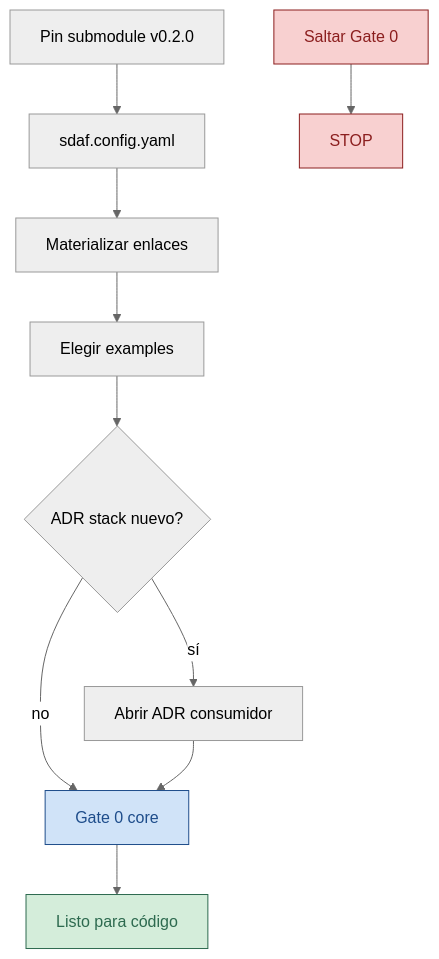
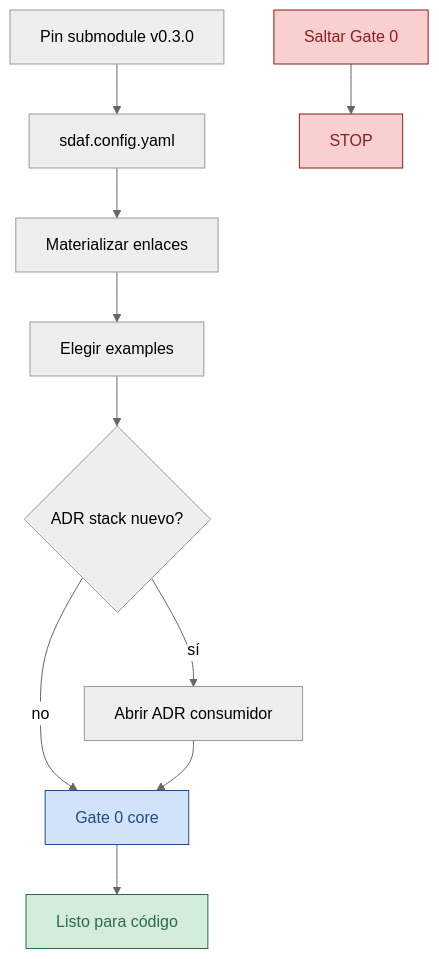
The diagram in ADOPT.md (Cyberdine-Systems-Corporation/sdaf-stack-dotnet), drawn with Mermaid (neutral theme) before and after one commit. The commit also changed other lines of this file and 57 other files, not shown here.

````diff
--- a/ADOPT.md
+++ b/ADOPT.md
@@ -23,22 +23,22 @@
 ```mermaid
 flowchart TD
-  pin[Pin submodule v0.2.0] --> cfg[sdaf.config.yaml]
+  pin[Pin submodule v0.3.0] --> cfg[sdaf.config.yaml]
   cfg --> mat[Materializar enlaces]
   mat --> ex[Elegir examples]
   ex --> adr{ADR stack nuevo?}
   adr -->|sí| openAdr[Abrir ADR consumidor]
   adr -->|no| gate0[Gate 0 core]
   openAdr --> gate0
   gate0 --> ready[Listo para código]
   skip[Saltar Gate 0] --> stop[STOP]
 
   classDef stop fill:#f8d0d0,stroke:#8b1e1e,color:#8b1e1e
   classDef ok fill:#d4edda,stroke:#2d6a4f,color:#2d6a4f
   classDef stub fill:#e9ecef,stroke:#6c757d,color:#6c757d
   classDef core fill:#d0e3f8,stroke:#1e4d8b,color:#1e4d8b
 
   class stop stop
   class ready ok
   class skip stop
   class gate0 core
 ```
````
